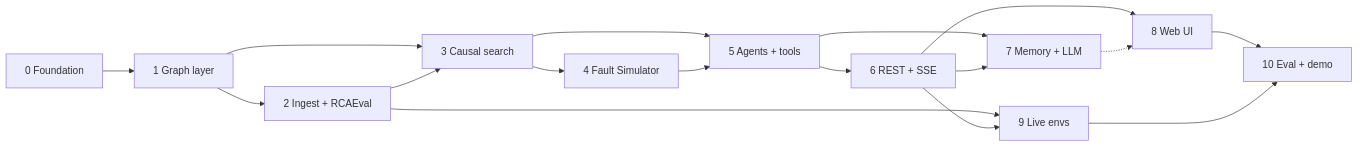
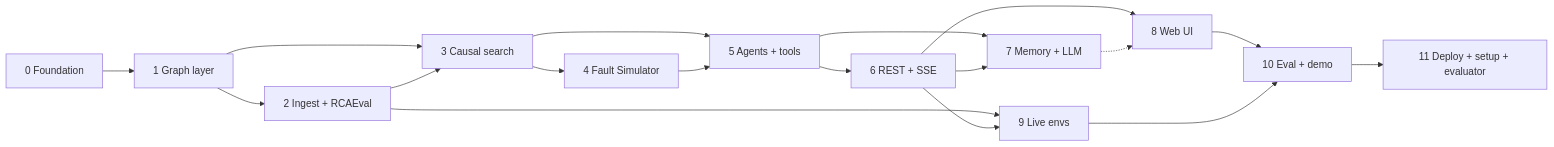
One commit to Prateek1771/epicenter changed the diagram in docs/phases/README.md. Above: the diagram before and after it, drawn with Mermaid. The commit also changed other lines of this file and 68 other files, not shown here.

````diff
--- a/docs/phases/README.md
+++ b/docs/phases/README.md
@@ -26,18 +27,19 @@
 ```mermaid
 flowchart LR
     P0[0 Foundation] --> P1[1 Graph layer]
     P1 --> P2[2 Ingest + RCAEval]
     P1 --> P3[3 Causal search]
     P2 --> P3
     P3 --> P4[4 Fault Simulator]
     P3 --> P5[5 Agents + tools]
     P4 --> P5
     P5 --> P6[6 REST + SSE]
     P5 --> P7[7 Memory + LLM]
     P6 --> P7
     P6 --> P8[8 Web UI]
     P7 -.-> P8
     P2 --> P9[9 Live envs]
     P6 --> P9
     P8 & P9 --> P10[10 Eval + demo]
+    P10 --> P11[11 Deploy + setup + evaluator]
 ```
````
